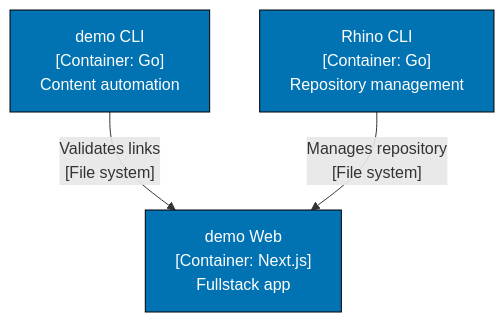
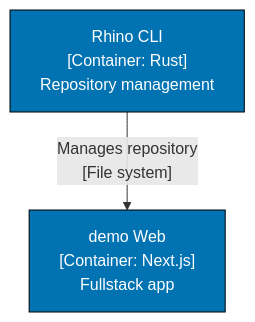
One commit to wahidyankf/ose-primer changed the first of 2 diagrams in docs/explanation/software-engineering/architecture/c4-architecture-model/nx-workspace-visualization.md. Above: the diagram before and after it, drawn with Mermaid. The commit also changed other lines of this file and 409 other files, not shown here.

First line of the commit message:
refactor(rhino-cli)!: remove Go implementation and dual-impl parity

````diff
--- a/docs/explanation/software-engineering/architecture/c4-architecture-model/nx-workspace-visualization.md
+++ b/docs/explanation/software-engineering/architecture/c4-architecture-model/nx-workspace-visualization.md
@@ -45,11 +44,9 @@
 ```mermaid
 graph TD
     OseWeb["demo Web<br/>[Container: Next.js]<br/>Fullstack app"]:::blue
-    AyoCLI["demo CLI<br/>[Container: Go]<br/>Content automation"]:::blue
-    RhinoCLI["Rhino CLI<br/>[Container: Go]<br/>Repository management"]:::blue
+    RhinoCLI["Rhino CLI<br/>[Container: Rust]<br/>Repository management"]:::blue
 
-    AyoCLI -->|"Validates links<br/>[File system]"| OseWeb
     RhinoCLI -->|"Manages repository<br/>[File system]"| OseWeb
 
     classDef blue fill:#0173B2,stroke:#000,color:#FFF
 ```
````
